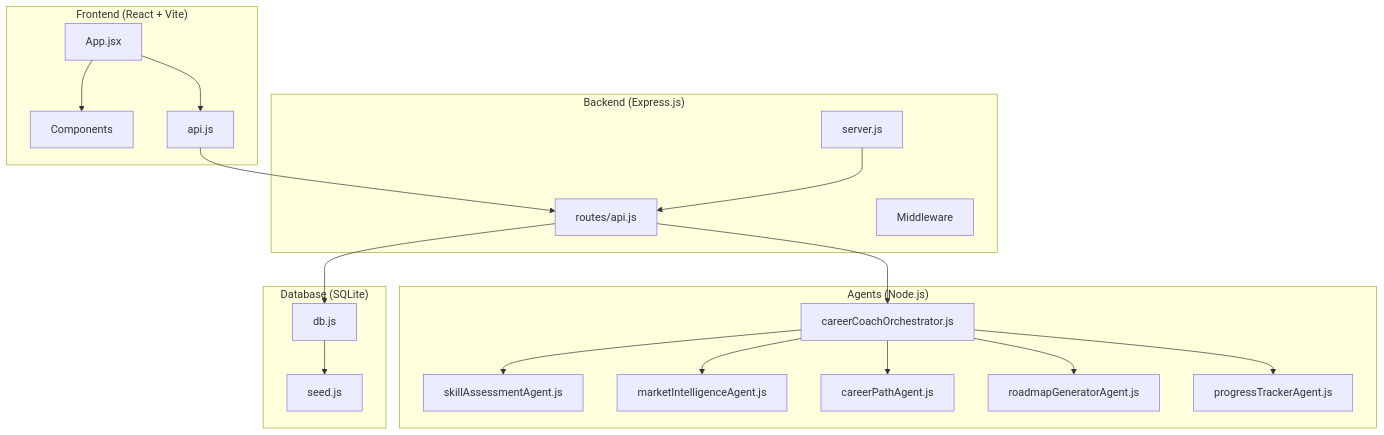
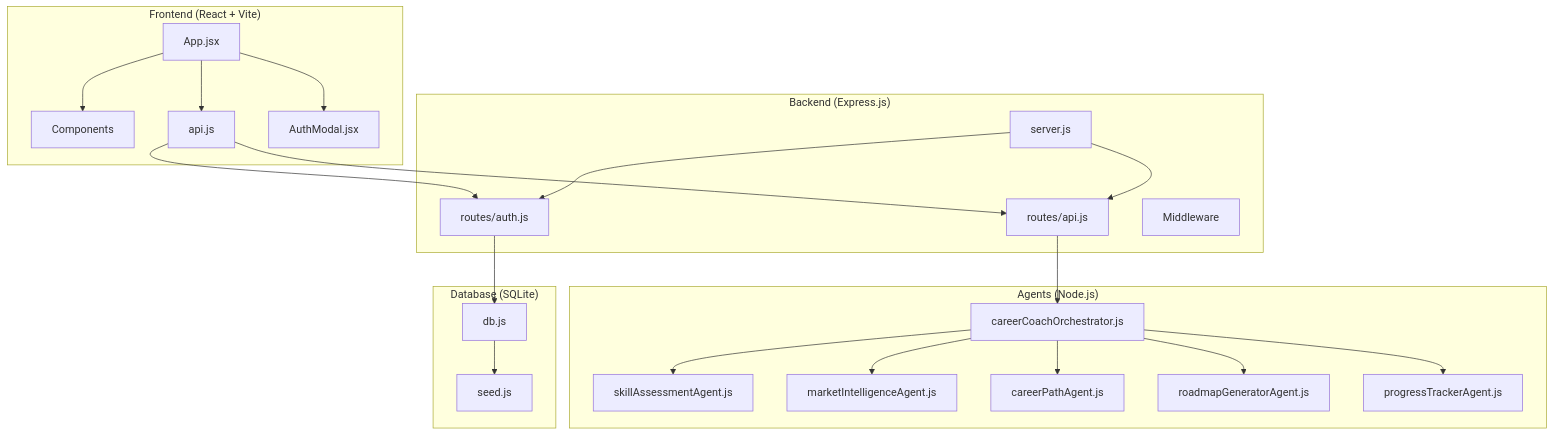
The first of 9 diagrams in .qoder/repowiki/en/content/Technical Implementation.md (Alishba-Moin/CareerCompass), drawn with Mermaid before and after one commit. The commit also changed other lines of this file and 17 other files, not shown here.

````diff
--- a/.qoder/repowiki/en/content/Technical Implementation.md
+++ b/.qoder/repowiki/en/content/Technical Implementation.md
@@ -54,37 +57,42 @@
 ```mermaid
 graph TB
 subgraph "Frontend (React + Vite)"
 FE_App["App.jsx"]
 FE_Components["Components"]
 FE_API["api.js"]
+FE_Auth["AuthModal.jsx"]
 end
 subgraph "Backend (Express.js)"
 BE_Server["server.js"]
 BE_Routes["routes/api.js"]
+BE_Auth["routes/auth.js"]
 BE_Middleware["Middleware"]
 end
 subgraph "Agents (Node.js)"
 AG_Orchestrator["careerCoachOrchestrator.js"]
 AG_Skills["skillAssessmentAgent.js"]
 AG_Market["marketIntelligenceAgent.js"]
 AG_Path["careerPathAgent.js"]
 AG_Roadmap["roadmapGeneratorAgent.js"]
 AG_Progress["progressTrackerAgent.js"]
 end
 subgraph "Database (SQLite)"
 DB_Schema["db.js"]
 DB_Seed["seed.js"]
 end
 FE_App --> FE_Components
 FE_App --> FE_API
+FE_App --> FE_Auth
 FE_API --> BE_Routes
+FE_API --> BE_Auth
 BE_Server --> BE_Routes
+BE_Server --> BE_Auth
 BE_Routes --> AG_Orchestrator
+BE_Auth --> DB_Schema
 AG_Orchestrator --> AG_Skills
 AG_Orchestrator --> AG_Market
 AG_Orchestrator --> AG_Path
 AG_Orchestrator --> AG_Roadmap
 AG_Orchestrator --> AG_Progress
-BE_Routes --> DB_Schema
 DB_Schema --> DB_Seed
 ```
````
